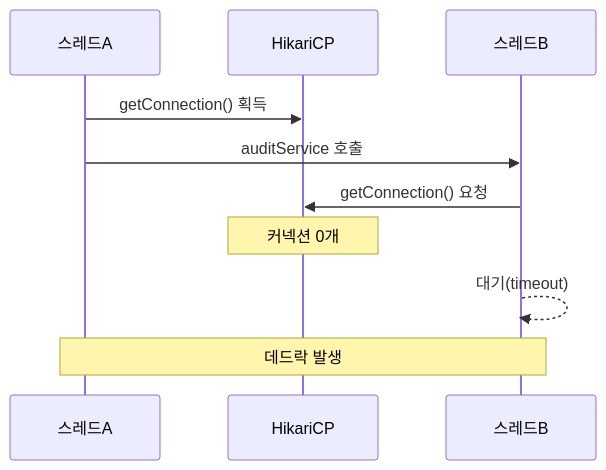
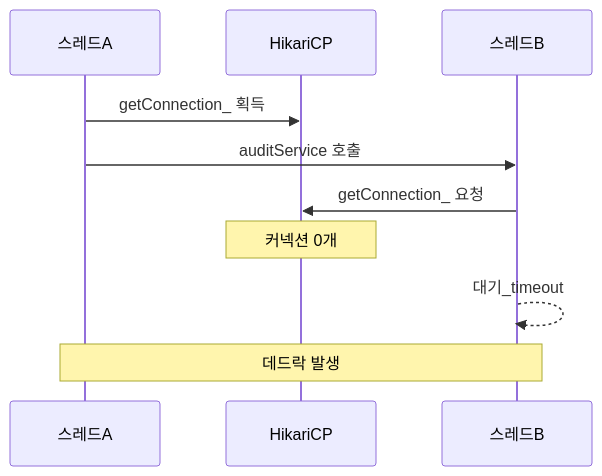
The fourth of 4 diagrams in _posts/db/2026-05-01-db-connection-pool.md (yjkim2015/yjkim2015.github.io), drawn with Mermaid before and after one commit. The commit also changed other lines of this file and 85 other files, not shown here.

First line of the commit message:
sequenceDiagram 문법 에러 2차 수정 169개 (86파일)

````diff
--- a/_posts/db/2026-05-01-db-connection-pool.md
+++ b/_posts/db/2026-05-01-db-connection-pool.md
@@ -259,12 +259,12 @@
 ```mermaid
 sequenceDiagram
     participant TA as 스레드A
     participant Pool as HikariCP
     participant TB as 스레드B
-    TA->>Pool: getConnection() 획득
+    TA->>Pool: getConnection_ 획득
     TA->>TB: auditService 호출
-    TB->>Pool: getConnection() 요청
+    TB->>Pool: getConnection_ 요청
     Note over Pool: 커넥션 0개
-    TB-->>TB: 대기(timeout)
+    TB-->>TB: 대기_timeout
     Note over TA,TB: 데드락 발생
 ```
````
